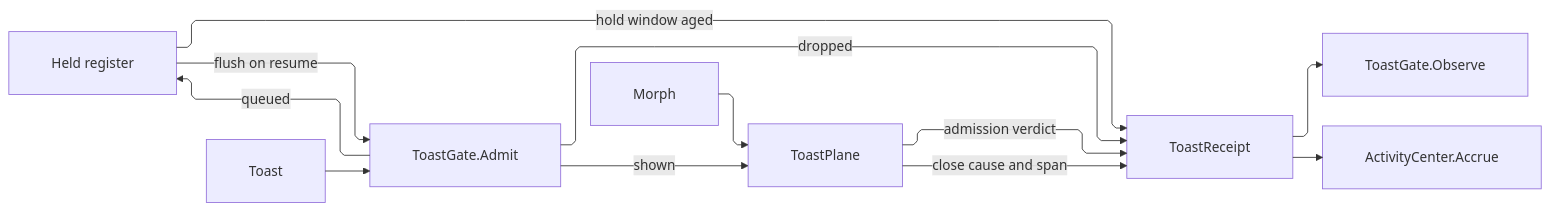
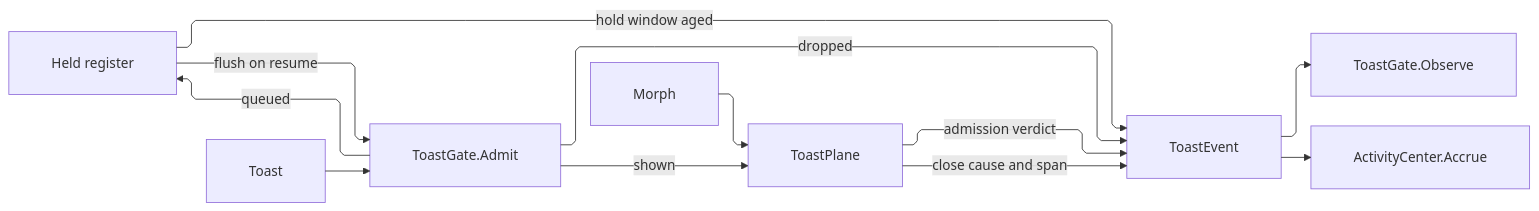
Before and after one commit to bsamiee/Rasm: the second of 2 diagrams in libs/dotnet/Rasm.AppUi/.planning/Shell/dialogs.md, drawn with Mermaid. The commit also changed other lines of this file and 1417 other files, not shown here.

````diff
--- a/libs/dotnet/Rasm.AppUi/.planning/Shell/dialogs.md
+++ b/libs/dotnet/Rasm.AppUi/.planning/Shell/dialogs.md
@@ -1113,23 +1104,23 @@
 ```mermaid
 ---
 config:
   layout: elk
   flowchart:
     curve: linear
     padding: 25
 ---
 flowchart LR
     accTitle: Toast admission, morph, and verdict fan
-    accDescr: A toast admitting through the gate into the presentation plane, the held register, or a dropped receipt, a pending note morphing in place on the plane under its admission correlation, held entries flushing back on resume or aging past the motion plan hold window, and the plane sealing a cause-bearing and span-bearing receipt when the card reports its close.
+    accDescr: A toast admitting through the gate into the presentation plane, the held register, or a dropped verdict, a pending note morphing in place on the plane under its admission correlation, held entries flushing back on resume or aging past the motion plan hold window, and the plane publishing a cause-bearing event when the card reports its close.
     Toast["Toast"] --> Admit["ToastGate.Admit"]
     Admit -->|"shown"| Plane["ToastPlane"]
     Admit -->|"queued"| Held["Held register"]
-    Admit -->|"dropped"| Receipt["ToastReceipt"]
+    Admit -->|"dropped"| Event["ToastEvent"]
     Morph["Morph"] --> Plane
     Held -->|"flush on resume"| Admit
-    Plane -->|"admission verdict"| Receipt
-    Plane -->|"close cause and span"| Receipt
-    Held -->|"hold window aged"| Receipt
-    Receipt --> Observe["ToastGate.Observe"]
-    Receipt --> Center["ActivityCenter.Accrue"]
+    Plane -->|"admission verdict"| Event
+    Plane -->|"close cause and span"| Event
+    Held -->|"hold window aged"| Event
+    Event --> Observe["ToastGate.Observe"]
+    Event --> Center["ActivityCenter.Accrue"]
 ```
````
